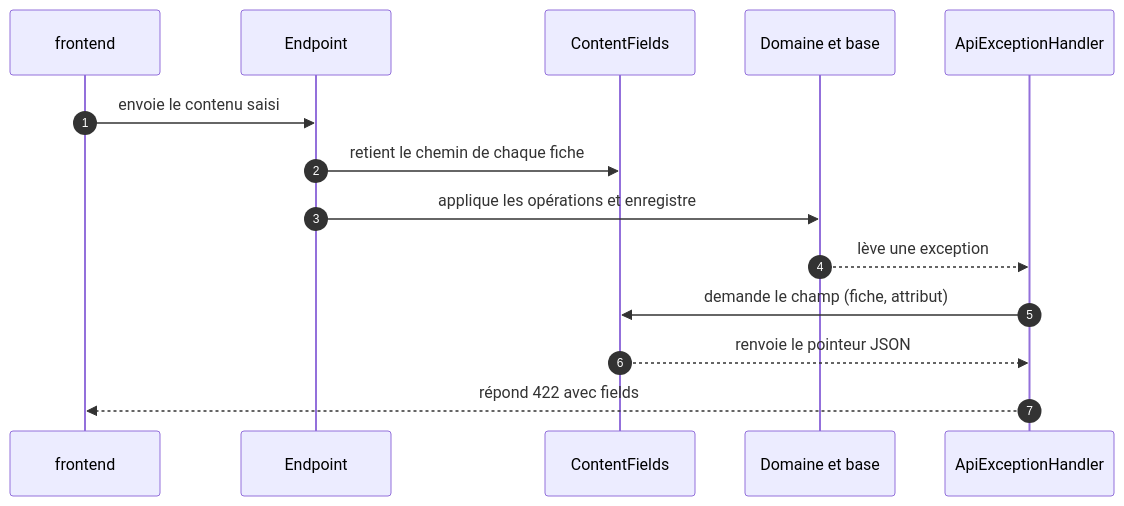
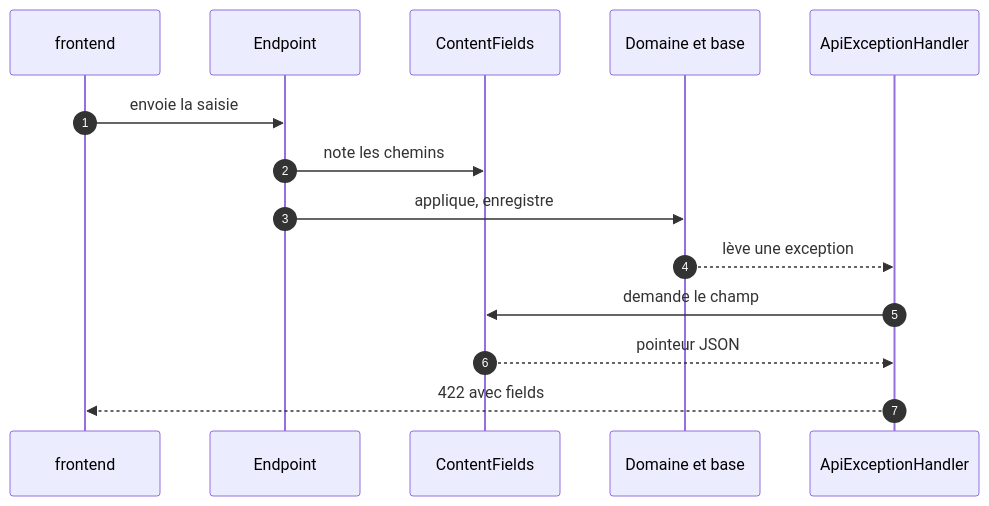
Before and after one commit to Tetram76/bdtheque-claude: the second of 3 diagrams in docs/tech/mecanismes/erreurs.md, drawn with Mermaid. The commit also changed 5 other files, not shown here.

First line of the commit message:
docs(tech): intégration continue, tests et documentation réécrits ; diagrammes remis en forme

````diff
--- a/docs/tech/mecanismes/erreurs.md
+++ b/docs/tech/mecanismes/erreurs.md
@@ -74,17 +74,17 @@
 ```mermaid
 sequenceDiagram
     autonumber
     participant client as frontend
     participant endpoint as Endpoint
     participant fields as ContentFields
     participant domain as Domaine et base
     participant handler as ApiExceptionHandler
 
-    client->>endpoint: envoie le contenu saisi
-    endpoint->>fields: retient le chemin de chaque fiche
-    endpoint->>domain: applique les opérations et enregistre
+    client->>endpoint: envoie la saisie
+    endpoint->>fields: note les chemins
+    endpoint->>domain: applique, enregistre
     domain-->>handler: lève une exception
-    handler->>fields: demande le champ (fiche, attribut)
-    fields-->>handler: renvoie le pointeur JSON
-    handler-->>client: répond 422 avec fields
+    handler->>fields: demande le champ
+    fields-->>handler: pointeur JSON
+    handler-->>client: 422 avec fields
 ```
````
